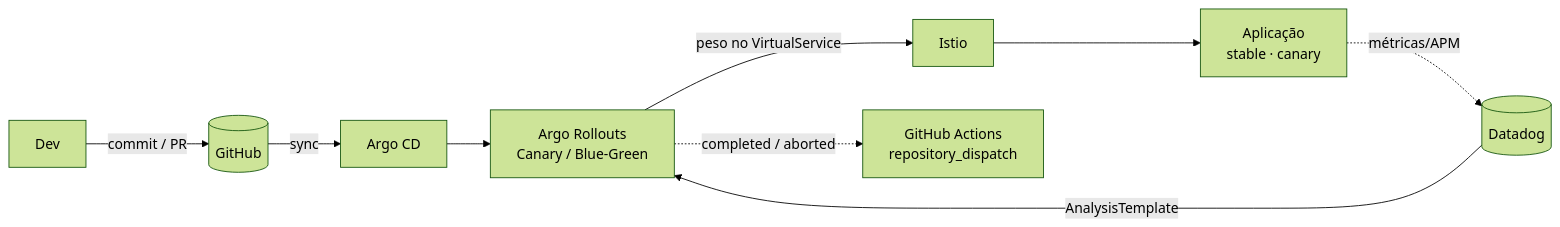
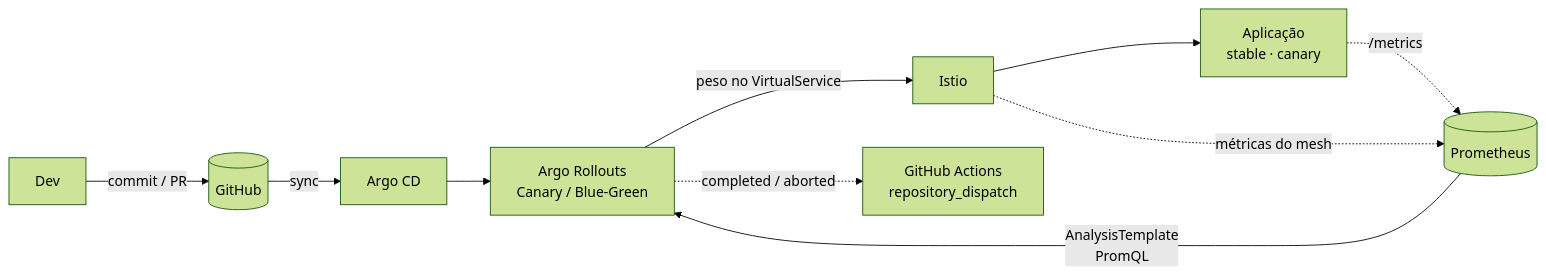
Before and after one commit to passosjoy/passosjoy.github.io: the diagram in content/projects/gitops-lab.md, drawn with Mermaid (forest theme). The commit also changed other lines of this file, not shown here.

````diff
--- a/content/projects/gitops-lab.md
+++ b/content/projects/gitops-lab.md
@@ -16,11 +16,12 @@
 ```mermaid
 flowchart LR
   dev[Dev] -->|commit / PR| git[(GitHub)]
   git -->|sync| argo[Argo CD]
   argo --> ro[Argo Rollouts<br/>Canary / Blue-Green]
   ro -->|peso no VirtualService| istio[Istio]
   istio --> app[Aplicação<br/>stable · canary]
-  app -. métricas/APM .-> dd[(Datadog)]
-  dd -->|AnalysisTemplate| ro
+  app -. /metrics .-> prom[(Prometheus)]
+  istio -. métricas do mesh .-> prom
+  prom -->|AnalysisTemplate<br/>PromQL| ro
   ro -. completed / aborted .-> gha[GitHub Actions<br/>repository_dispatch]
 ```
````
